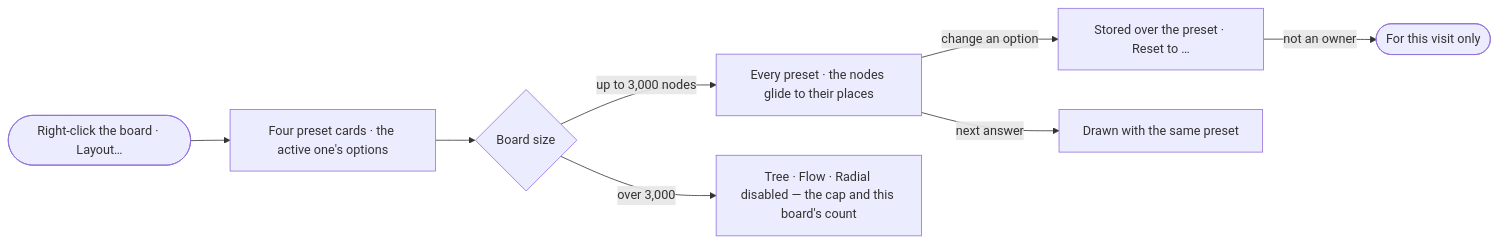
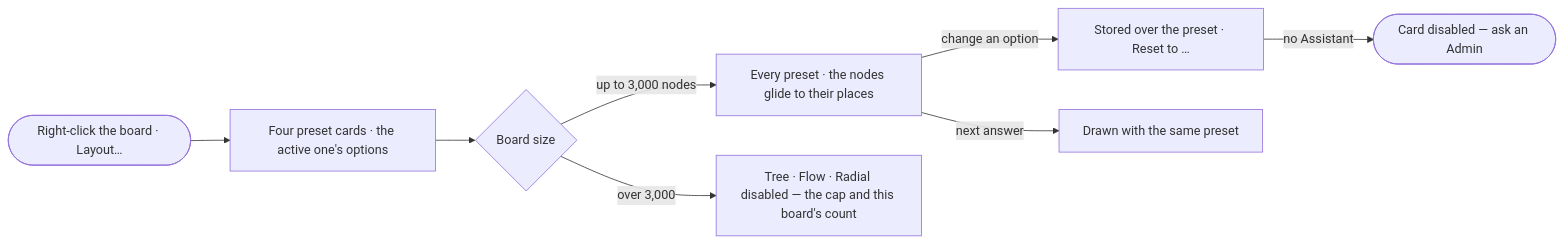
One commit to invana/invana changed the diagram in specs/capabilities/explore/features/EX-F01-the-board-and-its-canvas/stories/EX-16-switch-the-layout/story.md. Above: the diagram before and after it, drawn with Mermaid. The commit also changed other lines of this file and 300 other files, not shown here.

````diff
--- a/specs/capabilities/explore/features/EX-F01-the-board-and-its-canvas/stories/EX-16-switch-the-layout/story.md
+++ b/specs/capabilities/explore/features/EX-F01-the-board-and-its-canvas/stories/EX-16-switch-the-layout/story.md
@@ -26,10 +28,10 @@
 ```mermaid
 flowchart LR
   a([Right-click the board · Layout…]) --> p["Four preset cards · the active one's options"]
   p --> n{Board size}
   n -->|up to 3,000 nodes| g["Every preset · the nodes glide to their places"]
   n -->|over 3,000| x["Tree · Flow · Radial disabled — the cap and this board's count"]
   g -->|change an option| o["Stored over the preset · Reset to …"]
-  o -->|not an owner| v(["For this visit only"])
+  o -->|no Assistant| v(["Card disabled — ask an Admin"])
   g -->|next answer| h["Drawn with the same preset"]
 ```
````
